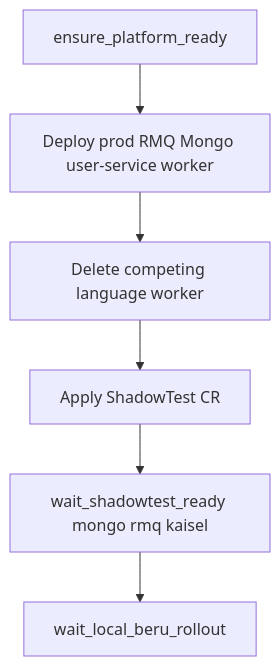
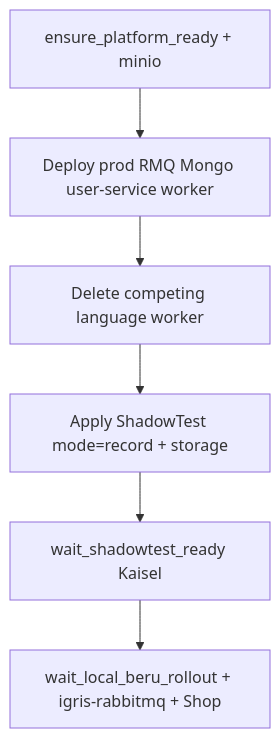
One commit to nederrgo/shadow-diff changed the first of 2 diagrams in docs/verification/hybrid-rmq-e2e-flow.md. Above: the diagram before and after it, drawn with Mermaid. The commit also changed other lines of this file and 103 other files, not shown here.

````diff
--- a/docs/verification/hybrid-rmq-e2e-flow.md
+++ b/docs/verification/hybrid-rmq-e2e-flow.md
@@ -44,8 +44,8 @@
 ```mermaid
 flowchart TD
-  plat[ensure_platform_ready] --> prod[Deploy prod RMQ Mongo user-service worker]
+  plat[ensure_platform_ready + minio] --> prod[Deploy prod RMQ Mongo user-service worker]
   prod --> onlyOne[Delete competing language worker]
-  onlyOne --> st[Apply ShadowTest CR]
-  st --> wait[wait_shadowtest_ready mongo rmq kaisel]
-  wait --> beru[wait_local_beru_rollout]
+  onlyOne --> st[Apply ShadowTest mode=record + storage]
+  st --> wait[wait_shadowtest_ready Kaisel]
+  wait --> beru[wait_local_beru_rollout + igris-rabbitmq + Shop]
 ```
````
